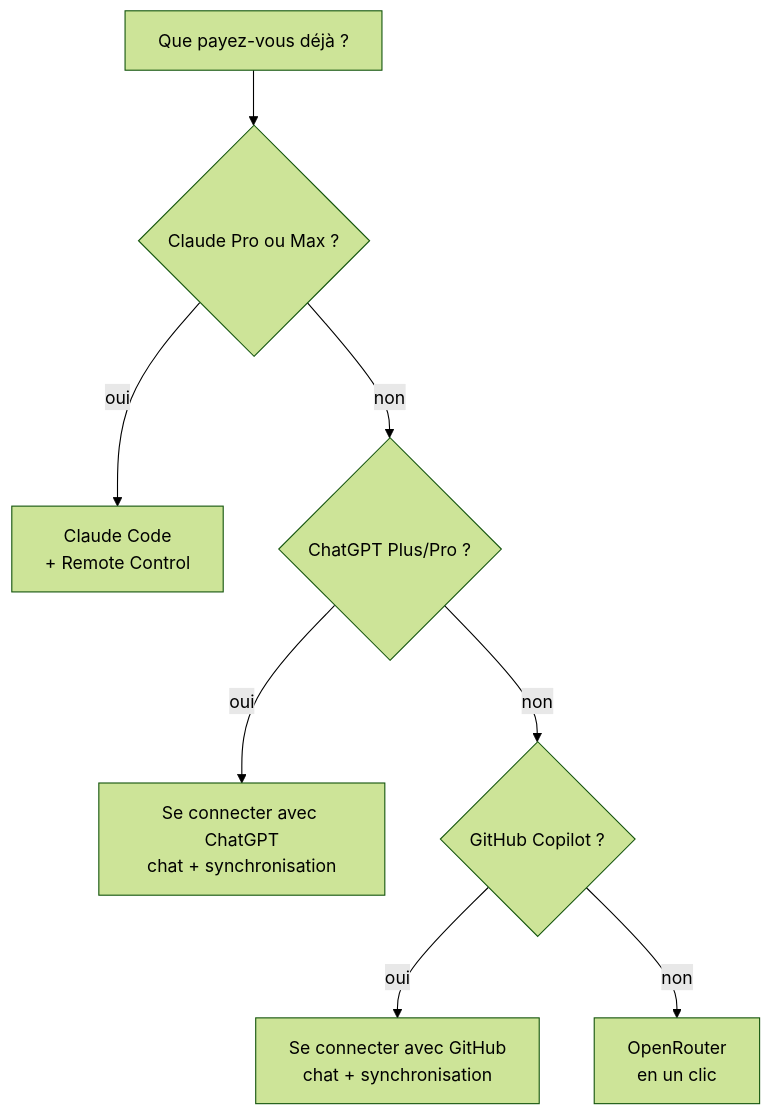
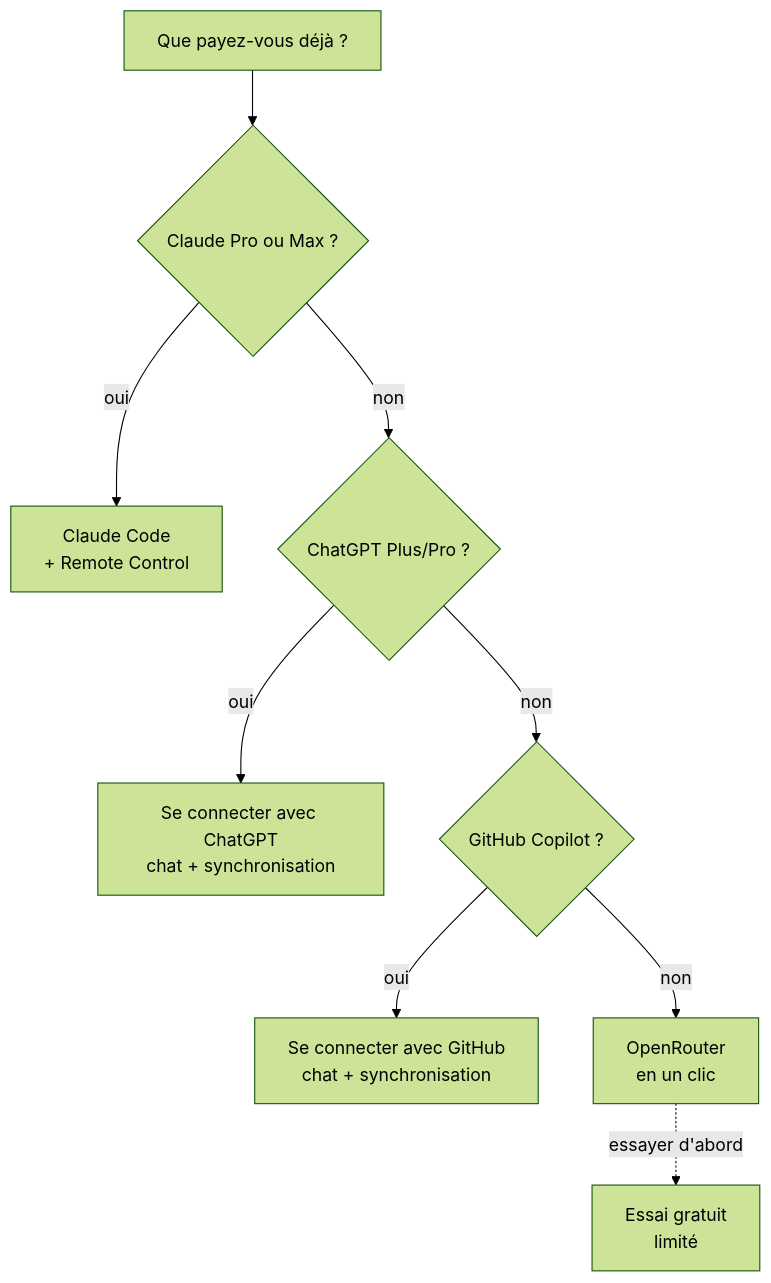
The diagram in docs/choisir-son-ia.md (mmornati/ai-running-coach), drawn with Mermaid (forest theme) before and after one commit. The commit also changed other lines of this file and 13 other files, not shown here.

First line of the commit message:
feat(llm) : essai gratuit OpenRouter (modèles :free), quotas et confidentialité dits (#267)

````diff
--- a/docs/choisir-son-ia.md
+++ b/docs/choisir-son-ia.md
@@ -8,10 +8,11 @@
 ```mermaid
 flowchart TD
     A[Que payez-vous déjà ?] --> B{Claude Pro ou Max ?}
     B -->|oui| C[Claude Code<br/>+ Remote Control]
     B -->|non| D{ChatGPT Plus/Pro ?}
     D -->|oui| G[Se connecter avec ChatGPT<br/>chat + synchronisation]
     D -->|non| H{GitHub Copilot ?}
     H -->|oui| I[Se connecter avec GitHub<br/>chat + synchronisation]
     H -->|non| F[OpenRouter<br/>en un clic]
+    F -.->|essayer d'abord| J[Essai gratuit<br/>limité]
 ```
````
